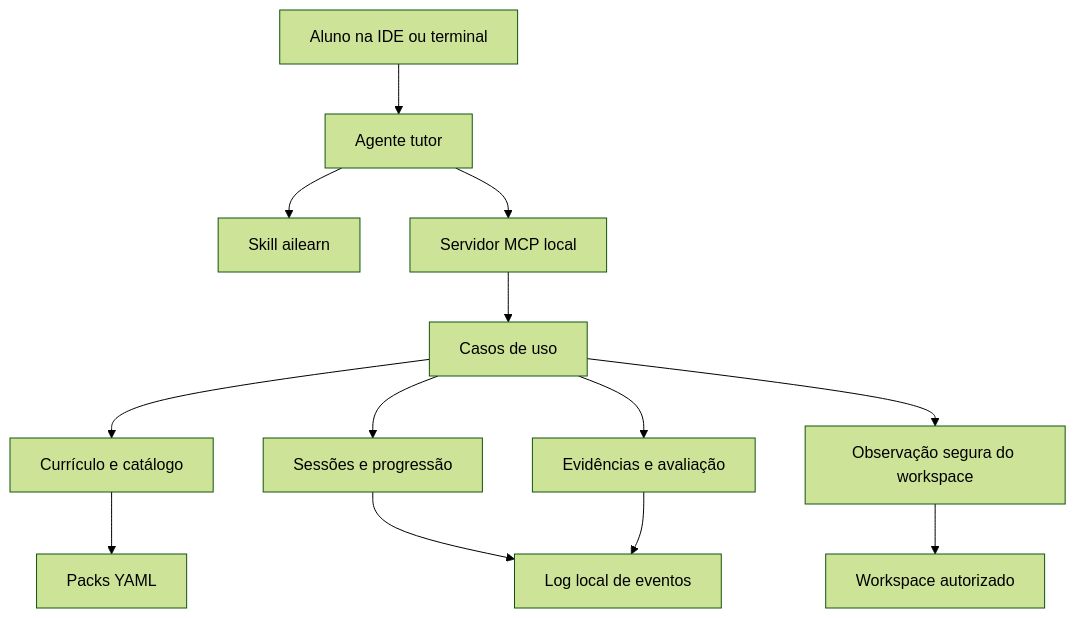
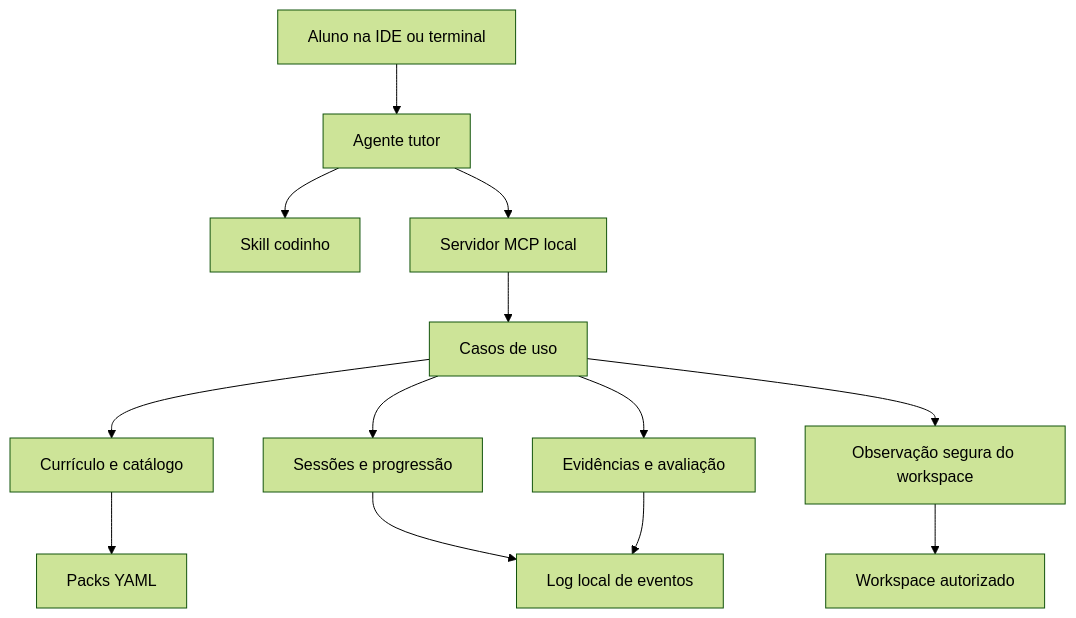
Before and after one commit to oseiaspereira88/ai-code-micro-learning: the second of 2 diagrams in PROJECT.md, drawn with Mermaid (forest theme). The commit also changed other lines of this file and 66 other files, not shown here.

Commit message:
Rename project from ailearn to codinho and update related references

````diff
--- a/PROJECT.md
+++ b/PROJECT.md
@@ -576,15 +576,15 @@
 ```mermaid
 flowchart TD
     L[Aluno na IDE ou terminal] --> A[Agente tutor]
-    A --> S[Skill ailearn]
+    A --> S[Skill codinho]
     A --> M[Servidor MCP local]
     M --> APP[Casos de uso]
     APP --> CUR[Currículo e catálogo]
     APP --> SES[Sessões e progressão]
     APP --> EVA[Evidências e avaliação]
     APP --> WSP[Observação segura do workspace]
     CUR --> PACK[Packs YAML]
     SES --> LOG[Log local de eventos]
     EVA --> LOG
     WSP --> FS[Workspace autorizado]
 ```
````
